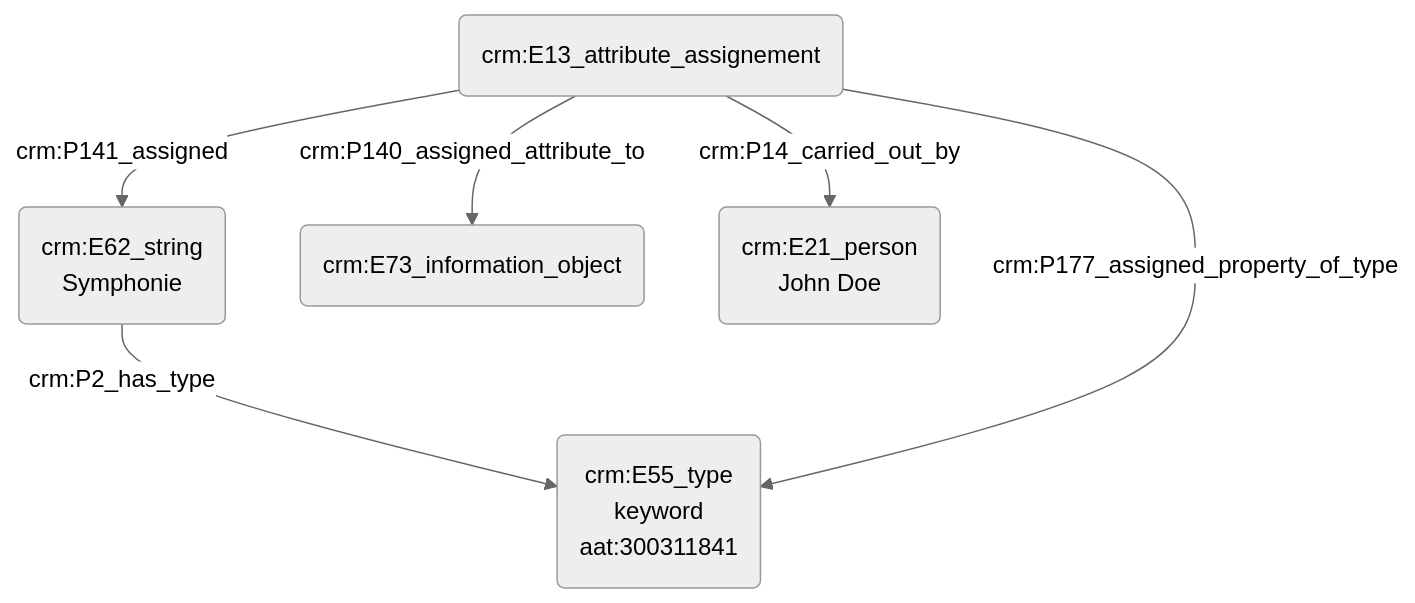
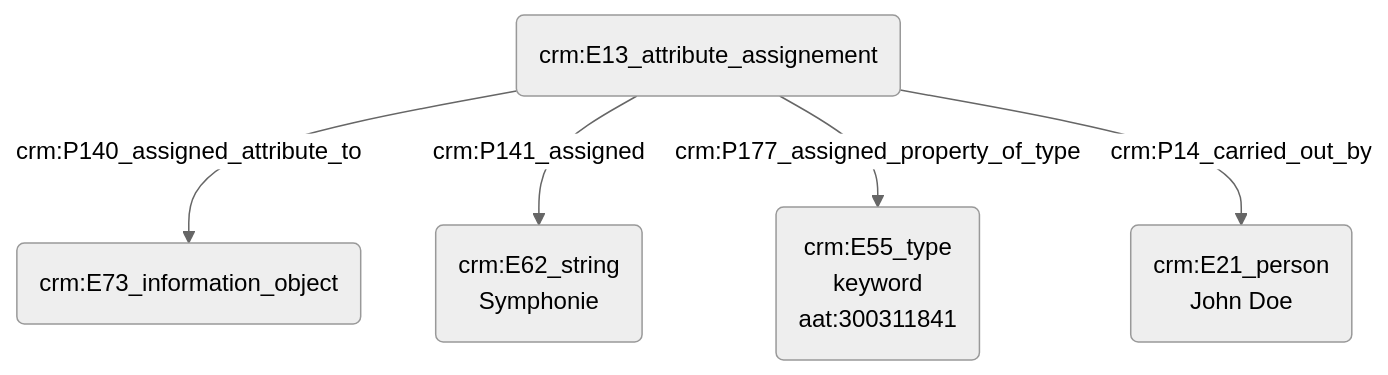
The diagram in modules/livrables/Dossier 2/Indexation conceptuelle/indexation d'une source avec un mot-clé.md (Amleth/consortium-musica2-gt2-ontologies), drawn with Mermaid (neutral theme) before and after one commit.

Commit message:
Update indexation d'une source avec un mot-clé.md

````diff
--- a/modules/livrables/Dossier 2/Indexation conceptuelle/indexation d'une source avec un mot-clé.md
+++ b/modules/livrables/Dossier 2/Indexation conceptuelle/indexation d'une source avec un mot-clé.md
@@ -17,11 +17,9 @@
 ```mermaid
 graph TD;
-
-B(crm:E62_string<br>Symphonie) --> |crm:P2_has_type| C(crm:E55_type<br>keyword<br>aat:300311841)
 
 D(crm:E13_attribute_assignement) --> |crm:P140_assigned_attribute_to| A(crm:E73_information_object)
 D(crm:E13_attribute_assignement) --> |crm:P141_assigned| B(crm:E62_string<br>Symphonie)
 D(crm:E13_attribute_assignement) --> |crm:P177_assigned_property_of_type| C(crm:E55_type<br>keyword<br>aat:300311841)
 D(crm:E13_attribute_assignement) --> |crm:P14_carried_out_by| F(crm:E21_person<br>John Doe)
 
 ```
````
